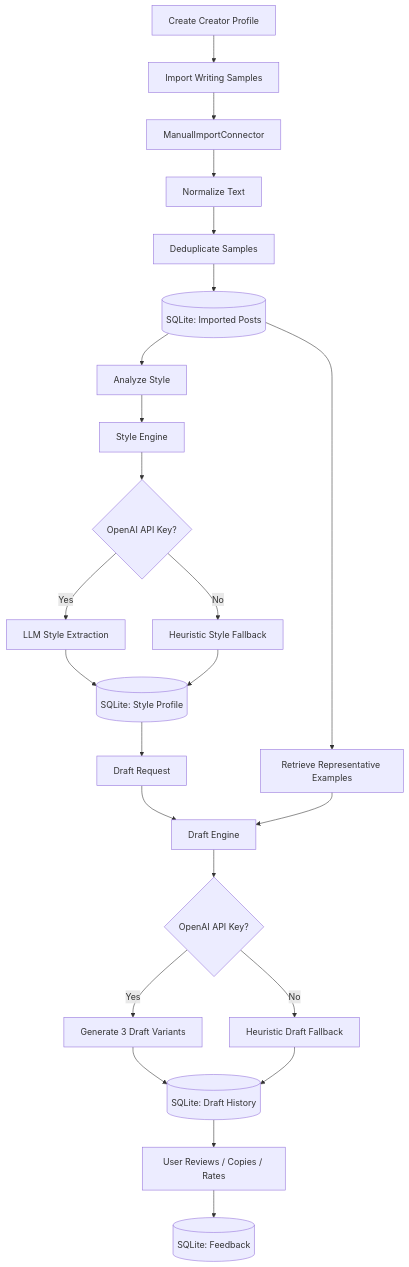
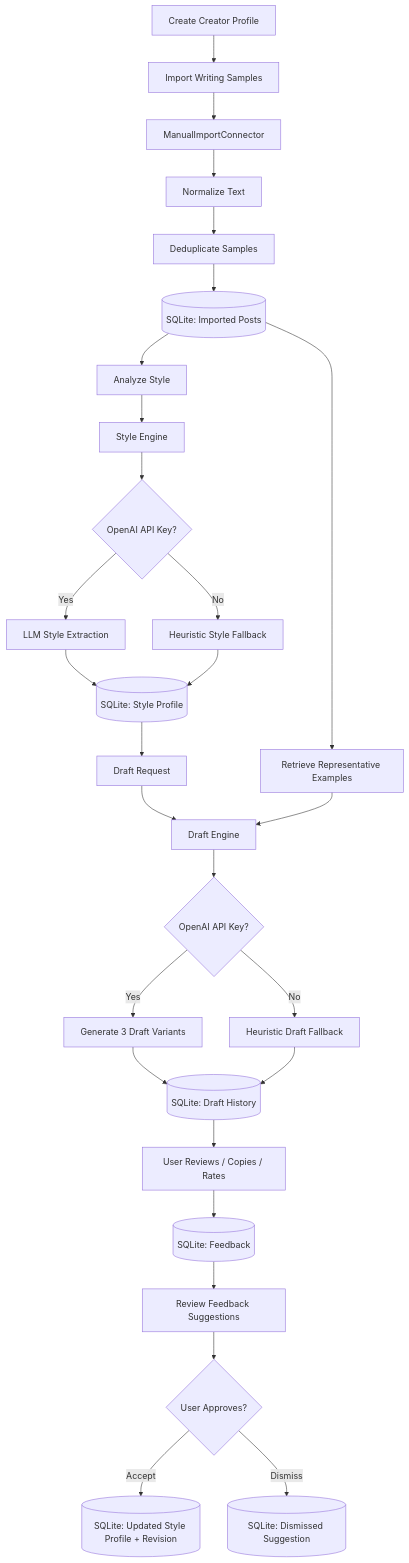
One commit to Atharva322/contcreator_voicestudio changed the diagram in README.md. Above: the diagram before and after it, drawn with Mermaid. The commit also changed other lines of this file and 9 other files, not shown here.

Commit message:
Add feedback voice suggestion loop

````diff
--- a/README.md
+++ b/README.md
@@ -58,29 +65,33 @@
 ```mermaid
 flowchart TD
     A[Create Creator Profile] --> B[Import Writing Samples]
     B --> C[ManualImportConnector]
     C --> D[Normalize Text]
     D --> E[Deduplicate Samples]
     E --> F[(SQLite: Imported Posts)]
 
     F --> G[Analyze Style]
     G --> H[Style Engine]
     H --> I{OpenAI API Key?}
     I -->|Yes| J[LLM Style Extraction]
     I -->|No| K[Heuristic Style Fallback]
     J --> L[(SQLite: Style Profile)]
     K --> L
 
     L --> M[Draft Request]
     F --> N[Retrieve Representative Examples]
     M --> O[Draft Engine]
     N --> O
     O --> P{OpenAI API Key?}
     P -->|Yes| Q[Generate 3 Draft Variants]
     P -->|No| R[Heuristic Draft Fallback]
     Q --> S[(SQLite: Draft History)]
     R --> S
 
     S --> T[User Reviews / Copies / Rates]
     T --> U[(SQLite: Feedback)]
+    U --> V[Review Feedback Suggestions]
+    V --> W{User Approves?}
+    W -->|Accept| X[(SQLite: Updated Style Profile + Revision)]
+    W -->|Dismiss| Y[(SQLite: Dismissed Suggestion)]
 ```
````
